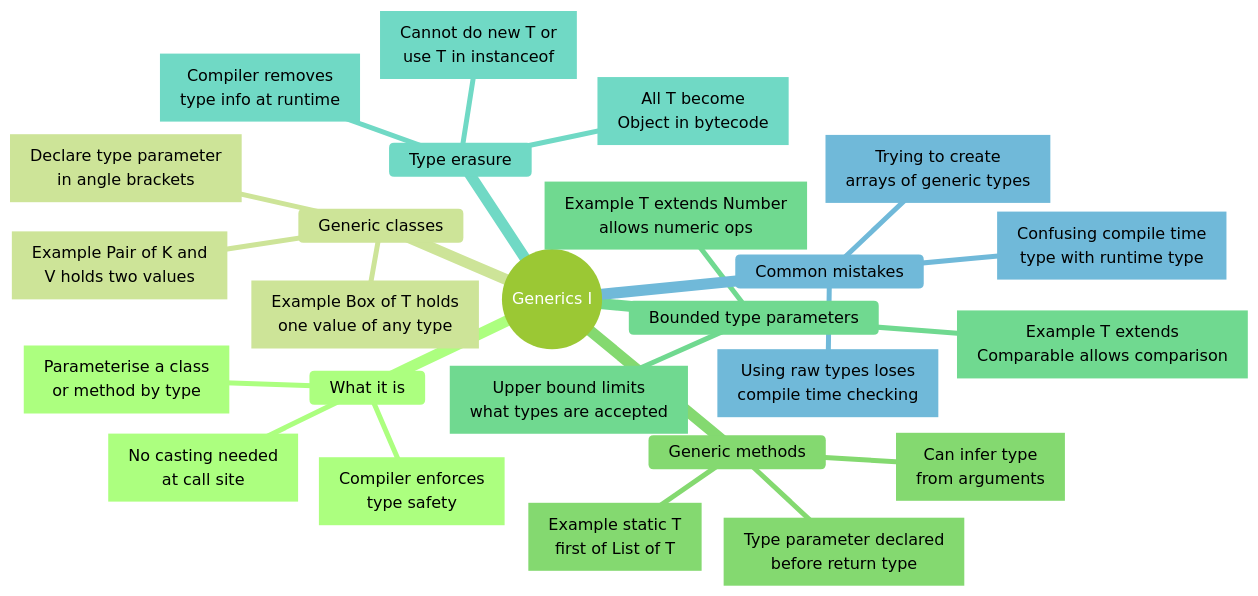
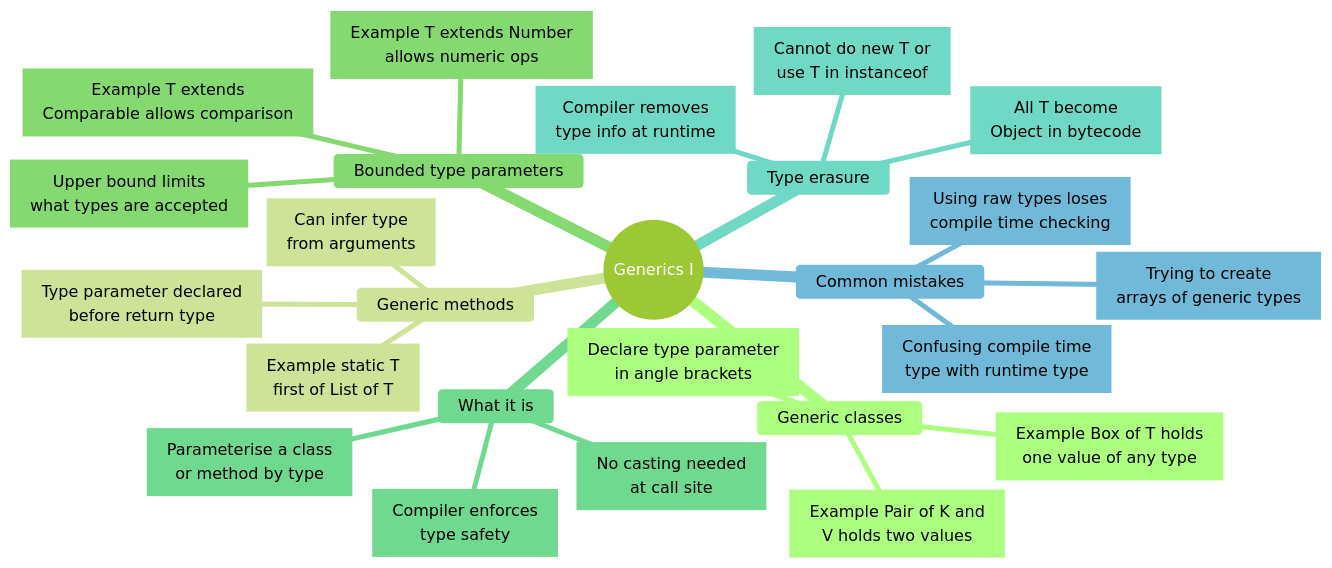
One commit to nmcguinness/L8-OOP-Module-Content changed the second of 13 diagrams in notes/shared/mind maps/revision_t10_t22.md. Above: the diagram before and after it, drawn with Mermaid. The commit also changed other lines of this file and 4 other files, not shown here.

Commit message:
fixed mindmap label truncation and added admonitions test

````diff
--- a/notes/shared/mind maps/revision_t10_t22.md
+++ b/notes/shared/mind maps/revision_t10_t22.md
@@ -194,56 +194,56 @@
 ```mermaid
 ---
 title: "Generics I"
 accDescr: "Mind map of Generics I. Branches: What it is; Generic classes; Generic methods; Bounded type parameters; Type erasure; Common mistakes."
 ---
 %%{init: { "theme": "forest", "markdownAutoWrap": false, "mindmap": { "maxNodeWidth": 300 } }}%%
 mindmap
   root((Generics I))
-    What it is
-      n1["`Parameterise a class
-      or method by type`"]
-      n2["`Compiler enforces
-      type safety`"]
-      n3["`No casting needed
-      at call site`"]
-
     Generic classes
       n4["`Declare type parameter
       in angle brackets`"]
       n5["`Example Box of T holds
       one value of any type`"]
       n6["`Example Pair of K and
       V holds two values`"]
 
     Generic methods
       n7["`Type parameter declared
       before return type`"]
       n8["`Can infer type
       from arguments`"]
       n9["`Example static T
       first of List of T`"]
 
     Bounded type parameters
       n10["`Upper bound limits
       what types are accepted`"]
       n11["`Example T extends
       Comparable allows comparison`"]
       n12["`Example T extends Number
       allows numeric ops`"]
 
+    What it is
+      n1["`Parameterise a class
+      or method by type`"]
+      n2["`Compiler enforces
+      type safety`"]
+      n3["`No casting needed
+      at call site`"]
+
     Type erasure
       n13["`Compiler removes
       type info at runtime`"]
       n14["`All T become
       Object in bytecode`"]
       n15["`Cannot do new T or
       use T in instanceof`"]
 
     Common mistakes
       n16["`Using raw types loses
       compile time checking`"]
       n17["`Trying to create
       arrays of generic types`"]
       n18["`Confusing compile time
       type with runtime type`"]
 ```
````
